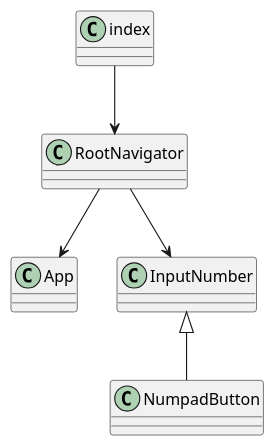
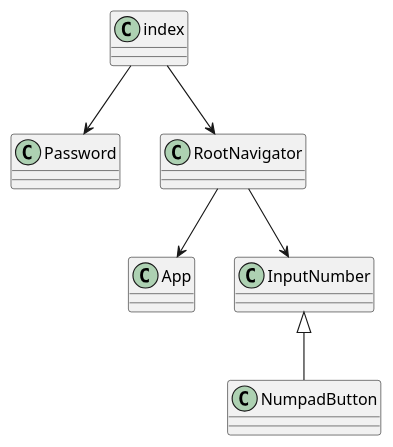
The diagram in docs/uml/containers.puml (lil5/jam-budget-mobile), drawn with PlantUML before and after one commit. The commit also changed 1 other file, not shown here.

```diff
--- a/docs/uml/containers.puml
+++ b/docs/uml/containers.puml
@@ -1,14 +1,16 @@
 @startuml
 
 class index
+class Password
 class RootNavigator
 class App
 class InputNumber
 class NumpadButton
 
 index --> RootNavigator
+index --> Password
 RootNavigator --> App
 RootNavigator --> InputNumber
 
 InputNumber <|-- NumpadButton
 @enduml
```
